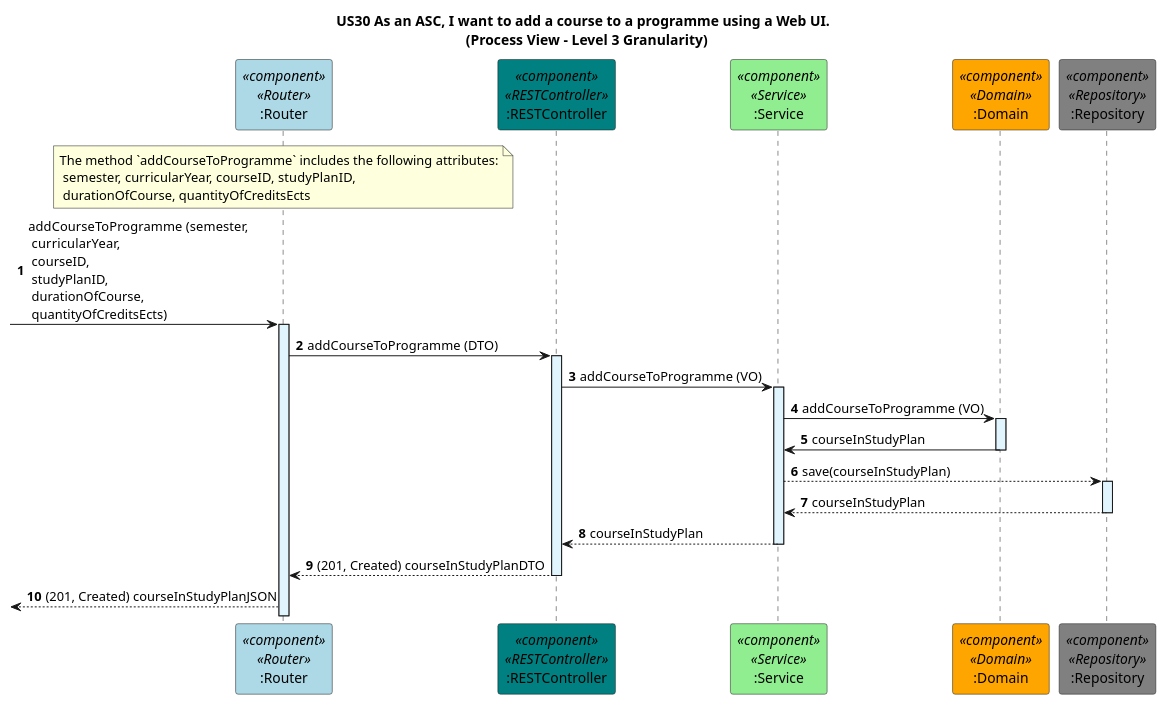
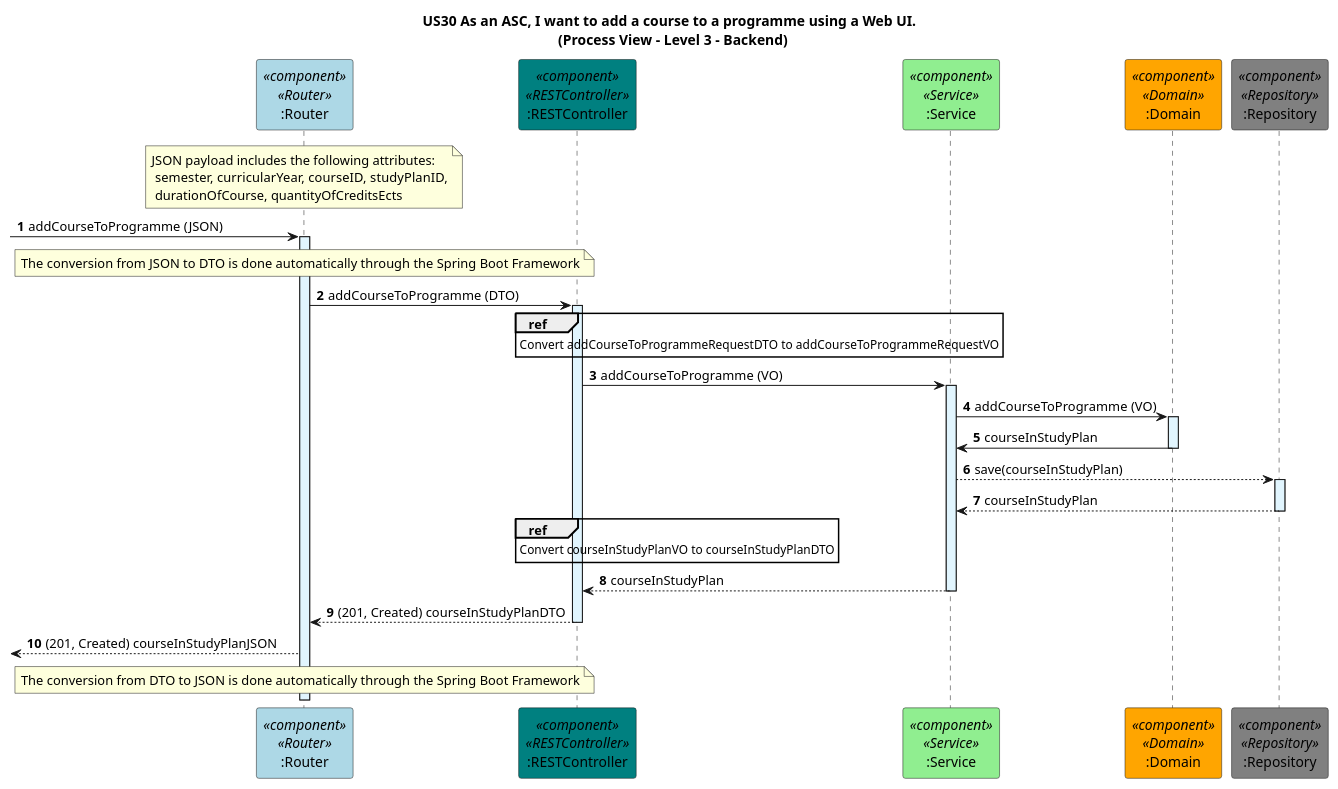
Before and after one commit to GasparISEP/DevOps-PAI: the diagram in docs/US30/Process View/Level3Granularity.puml, drawn with PlantUML.

Commit message:
[docs] Update Logical view diagram at level 3 Backend for functionality addCourseToAProgramme (Ref #567, #571)

```diff
--- a/docs/US30/Process View/Level3Granularity.puml
+++ b/docs/US30/Process View/Level3Granularity.puml
@@ -1,46 +1,58 @@
 @startuml
 
-title US30 As an ASC, I want to add a course to a programme using a Web UI. \n (Process View - Level 3 Granularity)
+title US30 As an ASC, I want to add a course to a programme using a Web UI. \n (Process View - Level 3 - Backend)
 
 autonumber
-
 
 participant ":Router" as router <<component>> <<Router>> #lightblue
 participant ":RESTController" as restController <<component>> <<RESTController>> #teal
 participant ":Service" as service <<component>> <<Service>> #lightgreen
 participant ":Domain" as domain <<component>> <<Domain>> #orange
 participant ":Repository" as repository <<component>> <<Repository>> #grey
 
 
-note over router: The method `addCourseToProgramme` includes the following attributes:\n semester, curricularYear, courseID, studyPlanID,\n durationOfCourse, quantityOfCreditsEcts
+note over router: JSON payload includes the following attributes:\n semester, curricularYear, courseID, studyPlanID,\n durationOfCourse, quantityOfCreditsEcts
 
--> router: addCourseToProgramme (semester,\n curricularYear,\n courseID,\n studyPlanID,\n durationOfCourse,\n quantityOfCreditsEcts)
+-> router: addCourseToProgramme (JSON)
 activate router #E1F5FE
+
+note over router: The conversion from JSON to DTO is done automatically through the Spring Boot Framework
+
 
 router -> restController: addCourseToProgramme (DTO)
 activate restController #E1F5FE
+
+ref over restController
+    Convert addCourseToProgrammeRequestDTO to addCourseToProgrammeRequestVO
+end
 
 restController -> service: addCourseToProgramme (VO)
 activate service #E1F5FE
 
 service -> domain: addCourseToProgramme (VO)
 activate domain #E1F5FE
 
 domain -> service: courseInStudyPlan
 deactivate domain
 
 service --> repository: save(courseInStudyPlan)
 activate repository #E1F5FE
 
 repository --> service: courseInStudyPlan
 deactivate repository
 
+ref over restController
+    Convert courseInStudyPlanVO to courseInStudyPlanDTO
+end
+
 service --> restController: courseInStudyPlan
 deactivate service
 
 restController --> router: (201, Created) courseInStudyPlanDTO
 deactivate restController
 
 <-- router: (201, Created) courseInStudyPlanJSON
 
+note over router: The conversion from DTO to JSON is done automatically through the Spring Boot Framework
+
 @enduml
```
